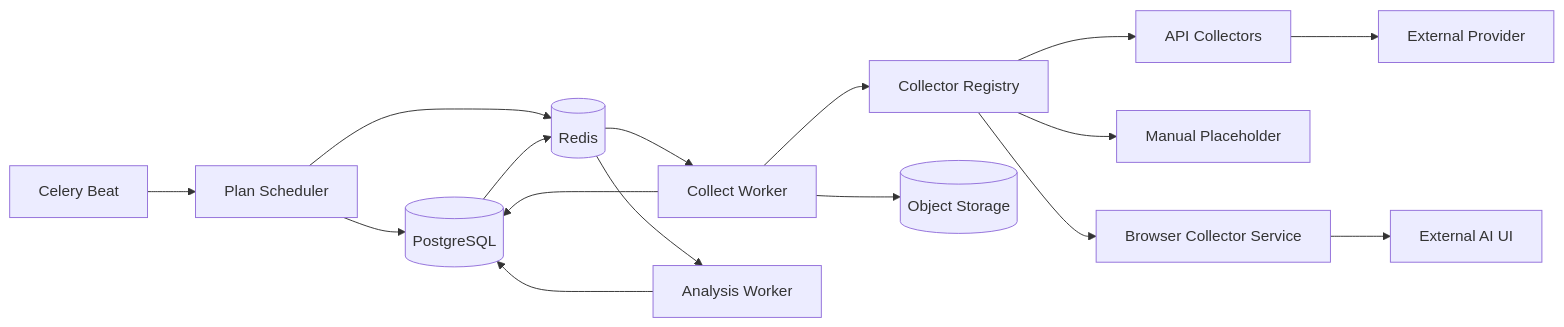
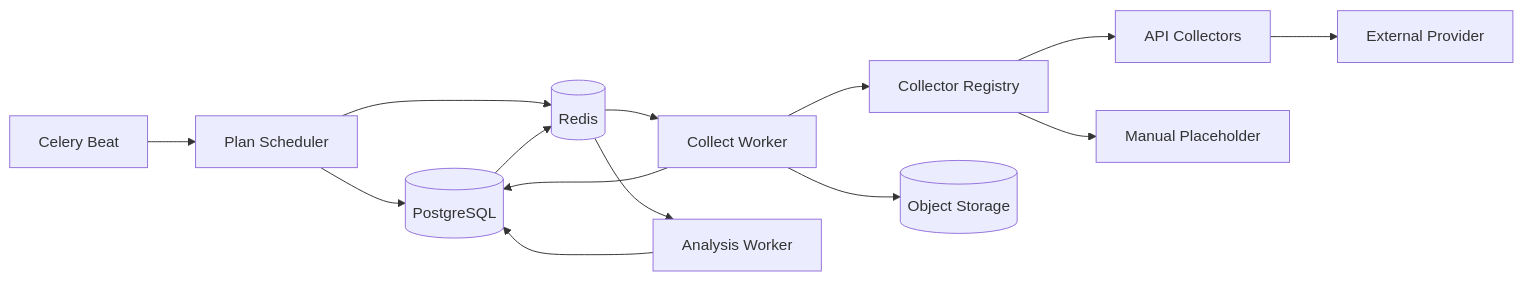
Before and after one commit to ccisnoxx/partsignal: the diagram in docs/geo-monitoring/03-technical/05-worker-and-collector-architecture.md, drawn with Mermaid. The commit also changed other lines of this file and 230 other files, not shown here.

````diff
--- a/docs/geo-monitoring/03-technical/05-worker-and-collector-architecture.md
+++ b/docs/geo-monitoring/03-technical/05-worker-and-collector-architecture.md
@@ -24,18 +26,16 @@
 ```mermaid
 flowchart LR
     Beat[Celery Beat] --> PlanScan[Plan Scheduler]
     PlanScan --> PG[(PostgreSQL)]
     PlanScan --> Redis[(Redis)]
     Redis --> CollectWorker[Collect Worker]
     CollectWorker --> Registry[Collector Registry]
     Registry --> APICollector[API Collectors]
     Registry --> ManualCollector[Manual Placeholder]
-    Registry --> BrowserCollector[Browser Collector Service]
     APICollector --> Provider[External Provider]
-    BrowserCollector --> UI[External AI UI]
     CollectWorker --> PG
     CollectWorker --> OSS[(Object Storage)]
     PG --> Redis
     Redis --> AnalysisWorker[Analysis Worker]
     AnalysisWorker --> PG
 ```
````
